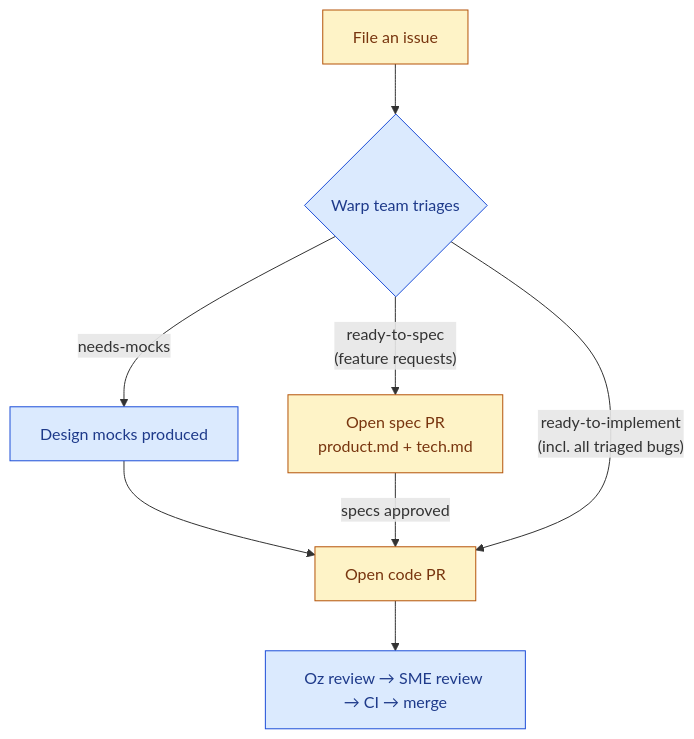
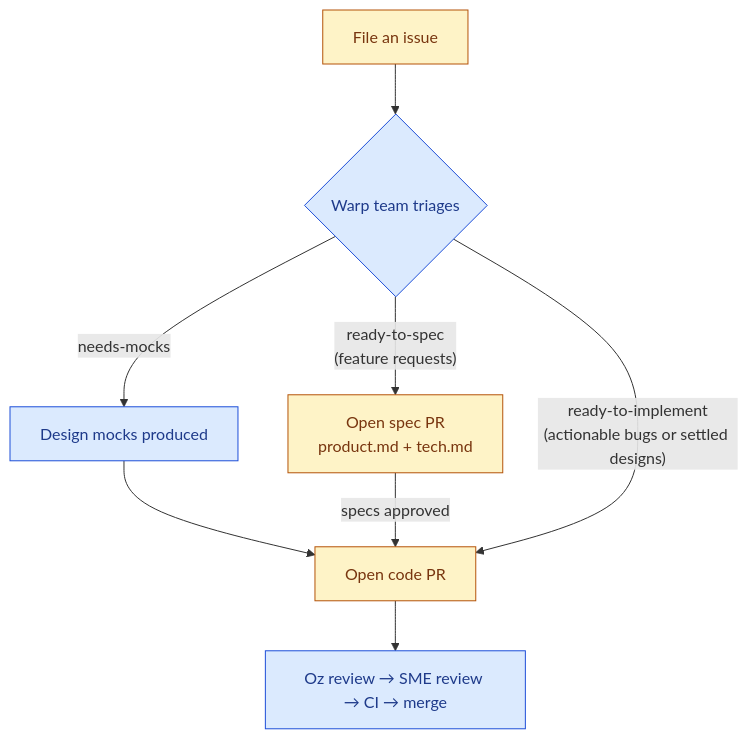
Before and after one commit to lawsmd/cortex: the diagram in CONTRIBUTING.md, drawn with Mermaid. The commit also changed other lines of this file and 1 other file, not shown here.

````diff
--- a/CONTRIBUTING.md
+++ b/CONTRIBUTING.md
@@ -40,15 +40,15 @@
 ```mermaid
 flowchart TD
     A[File an issue] --> B{Warp team triages}
     B -- ready-to-spec<br/>(feature requests) --> C[Open spec PR<br/>product.md + tech.md]
     B -- needs-mocks --> D[Design mocks produced]
     D --> E[Open code PR]
     C -- specs approved --> E
-    B -- ready-to-implement<br/>(incl. all triaged bugs) --> E
+    B -- ready-to-implement<br/>(actionable bugs or settled designs) --> E
     E --> F[Oz review → SME review → CI → merge]
 
     classDef contributor fill:#fef3c7,stroke:#b45309,color:#78350f;
     classDef warpTeam fill:#dbeafe,stroke:#1d4ed8,color:#1e3a8a;
     class A,C,E contributor;
     class B,D,F warpTeam;
 ```
````
